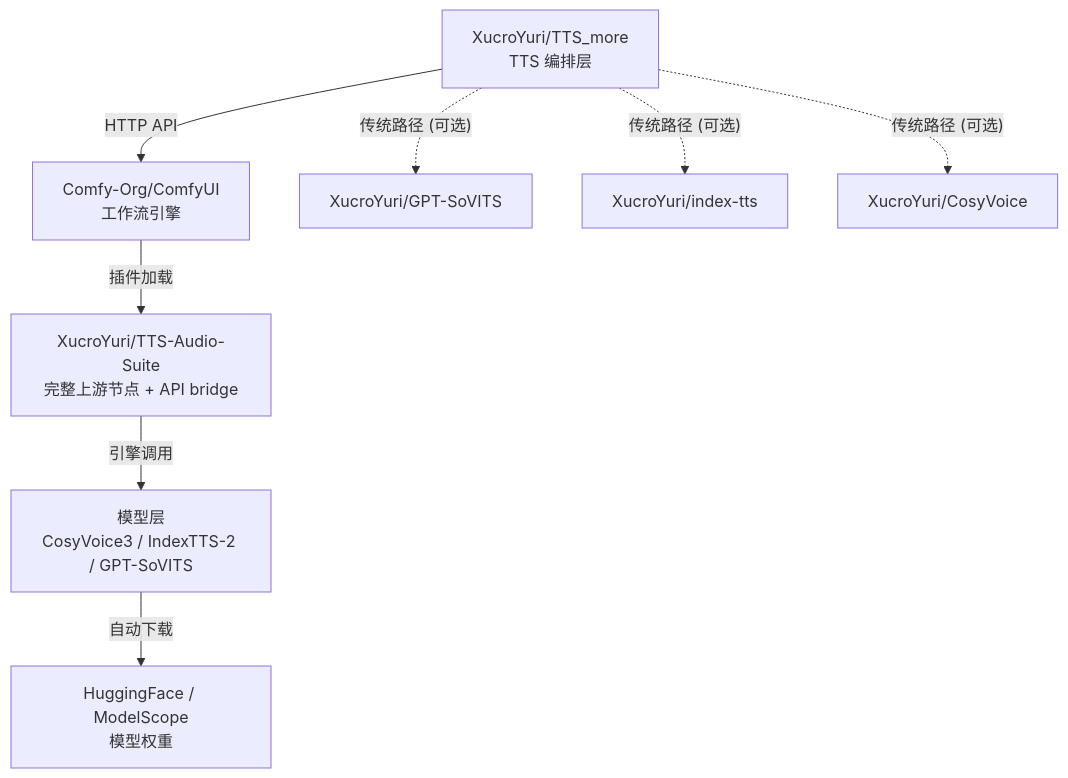
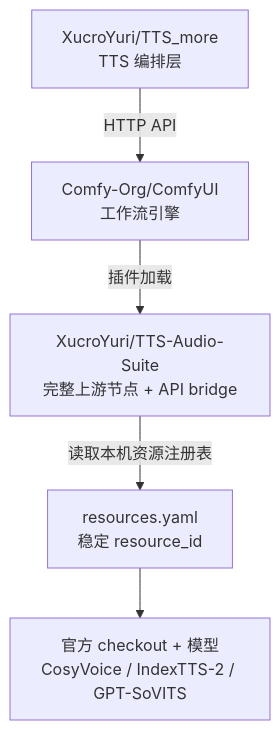
One commit to XucroYuri/TTS_more changed the second of 2 diagrams in docs/comfyui-integration.md. Above: the diagram before and after it, drawn with Mermaid. The commit also changed other lines of this file and 6 other files, not shown here.

````diff
--- a/docs/comfyui-integration.md
+++ b/docs/comfyui-integration.md
@@ -227,10 +246,7 @@
 ```mermaid
 flowchart TD
     TM["XucroYuri/TTS_more<br/>TTS 编排层"] -- "HTTP API" --> CF["Comfy-Org/ComfyUI<br/>工作流引擎"]
     CF -- "插件加载" --> TAS["XucroYuri/TTS-Audio-Suite<br/>完整上游节点 + API bridge"]
-    TAS -- "引擎调用" --> M["模型层<br/>CosyVoice3 / IndexTTS-2 / GPT-SoVITS"]
-    M -- "自动下载" --> DL["HuggingFace / ModelScope<br/>模型权重"]
-    TM -. "传统路径 (可选)" .-> GS["XucroYuri/GPT-SoVITS"]
-    TM -. "传统路径 (可选)" .-> IT["XucroYuri/index-tts"]
-    TM -. "传统路径 (可选)" .-> CV["XucroYuri/CosyVoice"]
+    TAS -- "读取本机资源注册表" --> RR["resources.yaml<br/>稳定 resource_id"]
+    RR --> M["官方 checkout + 模型<br/>CosyVoice / IndexTTS-2 / GPT-SoVITS"]
 ```
````
